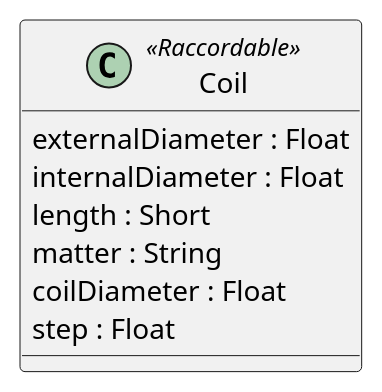
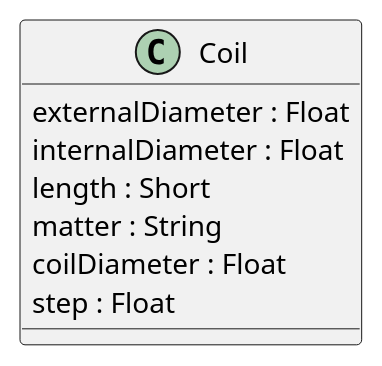
Before and after one commit to beerfactory/brewbox-uml: the diagram in src/class/include/coil.iuml, drawn with PlantUML. The commit also changed 9 other files, not shown here.

```diff
--- a/src/class/include/coil.iuml
+++ b/src/class/include/coil.iuml
@@ -1,8 +1,8 @@
-class Coil <<Raccordable>> {
+class Coil {
     externalDiameter : Float
     internalDiameter : Float
     length : Short
     matter : String
     coilDiameter : Float
     step : Float
 }
```
